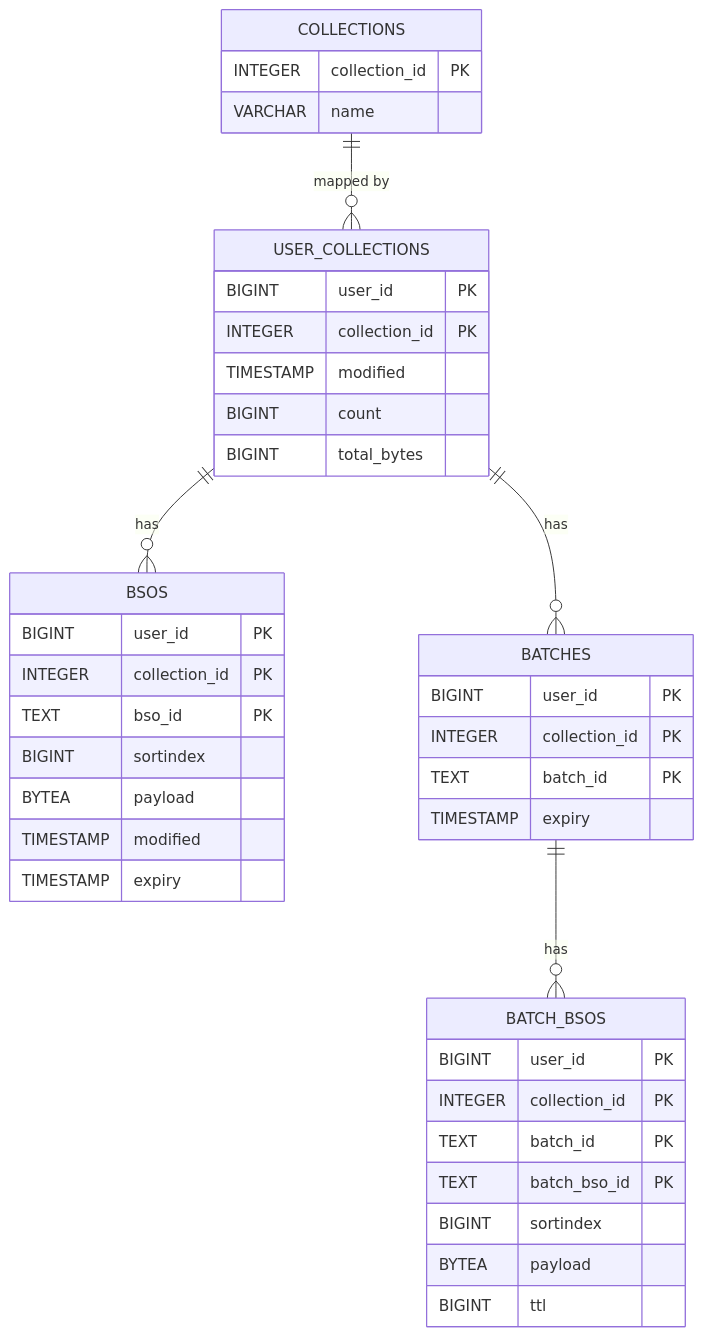
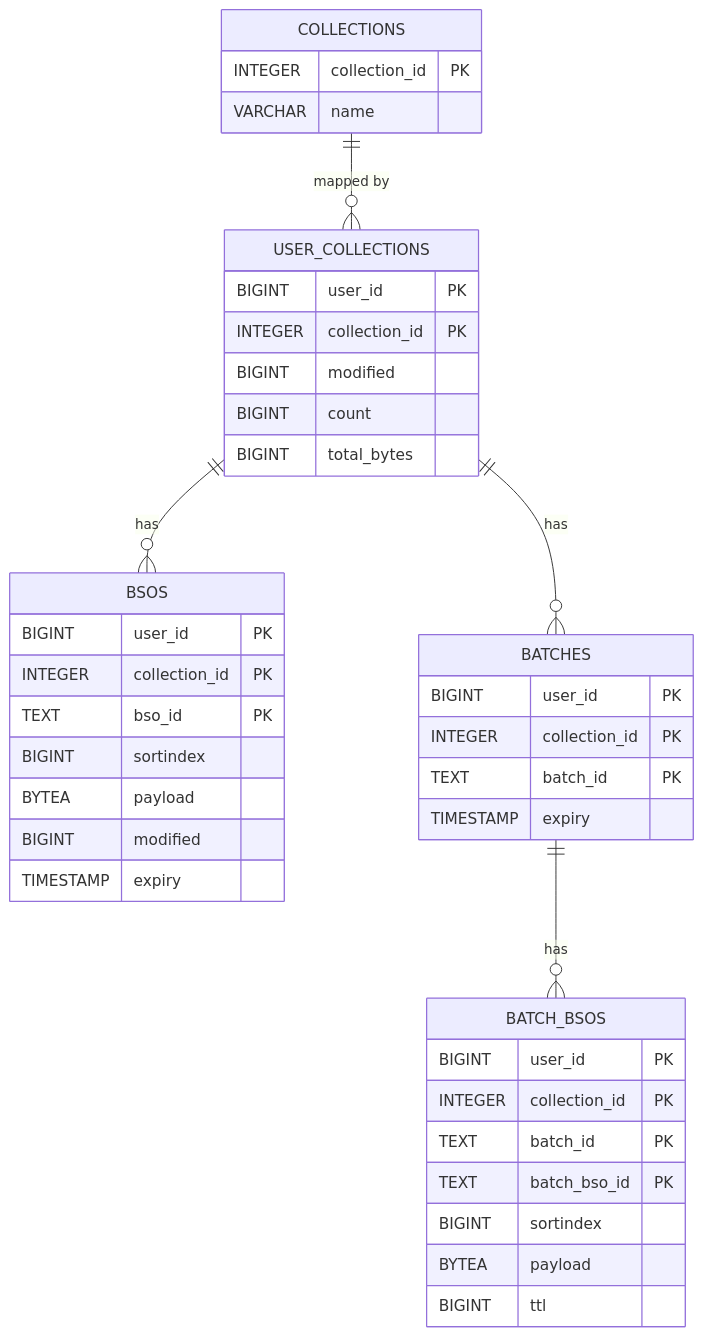
Before and after one commit to mozilla-services/syncstorage-rs: the diagram in syncstorage-postgres/syncstorage_postgres_db.md, drawn with Mermaid. The commit also changed other lines of this file and 3 other files, not shown here.

Commit message:
update timestamp type to bigint

````diff
--- a/syncstorage-postgres/syncstorage_postgres_db.md
+++ b/syncstorage-postgres/syncstorage_postgres_db.md
@@ -87,47 +87,47 @@
 ```mermaid
 erDiagram
     USER_COLLECTIONS {
         BIGINT user_id PK
         INTEGER collection_id PK
-        TIMESTAMP modified
+        BIGINT modified
         BIGINT count
         BIGINT total_bytes
     }
 
     COLLECTIONS {
         INTEGER collection_id PK
         VARCHAR name
     }
 
     BSOS {
         BIGINT user_id PK
         INTEGER collection_id PK
         TEXT bso_id PK
         BIGINT sortindex
         BYTEA payload
-        TIMESTAMP modified
+        BIGINT modified
         TIMESTAMP expiry
     }
 
     BATCHES {
         BIGINT user_id PK
         INTEGER collection_id PK
         TEXT batch_id PK
         TIMESTAMP expiry
     }
 
     BATCH_BSOS {
         BIGINT user_id PK
         INTEGER collection_id PK
         TEXT batch_id PK
         TEXT batch_bso_id PK
         BIGINT sortindex
         BYTEA payload
         BIGINT ttl
     }
 
     USER_COLLECTIONS ||--o{ BSOS : "has"
     USER_COLLECTIONS ||--o{ BATCHES : "has"
     BATCHES ||--o{ BATCH_BSOS : "has"
     COLLECTIONS ||--o{ USER_COLLECTIONS : "mapped by"
 ```
````
